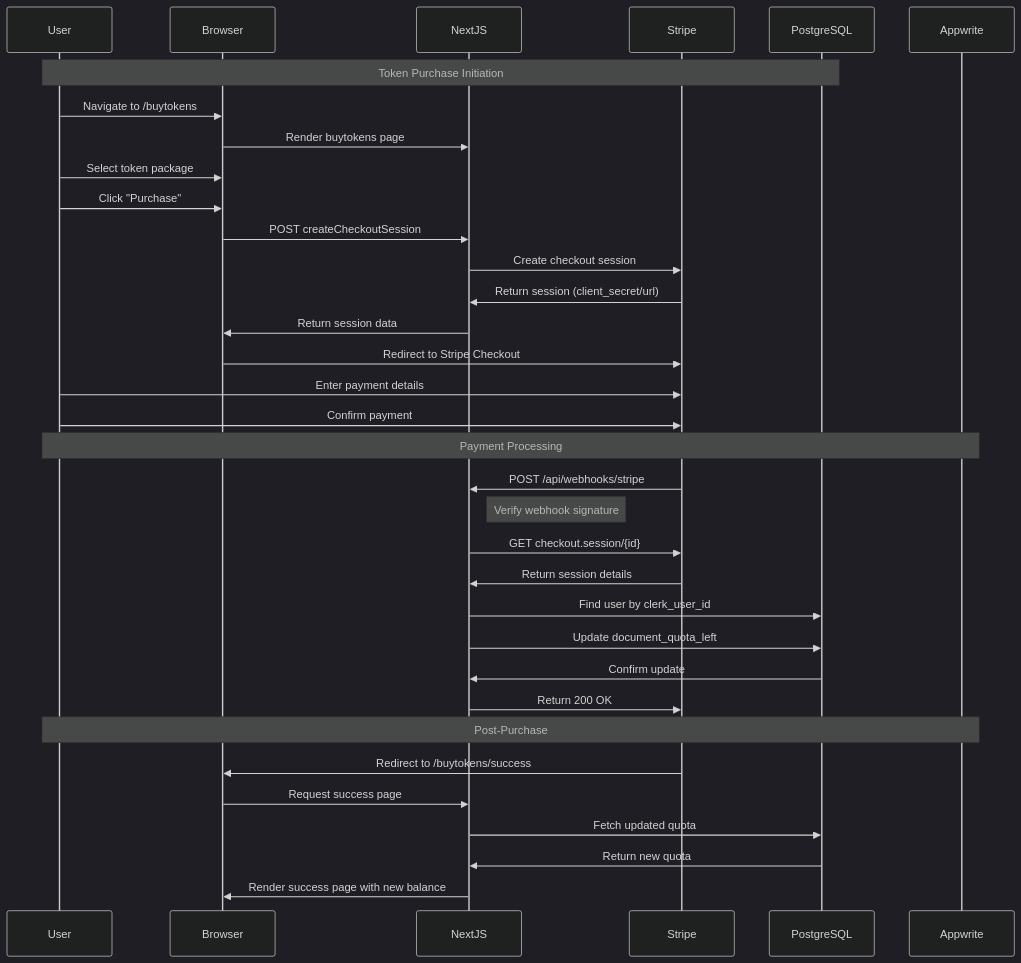
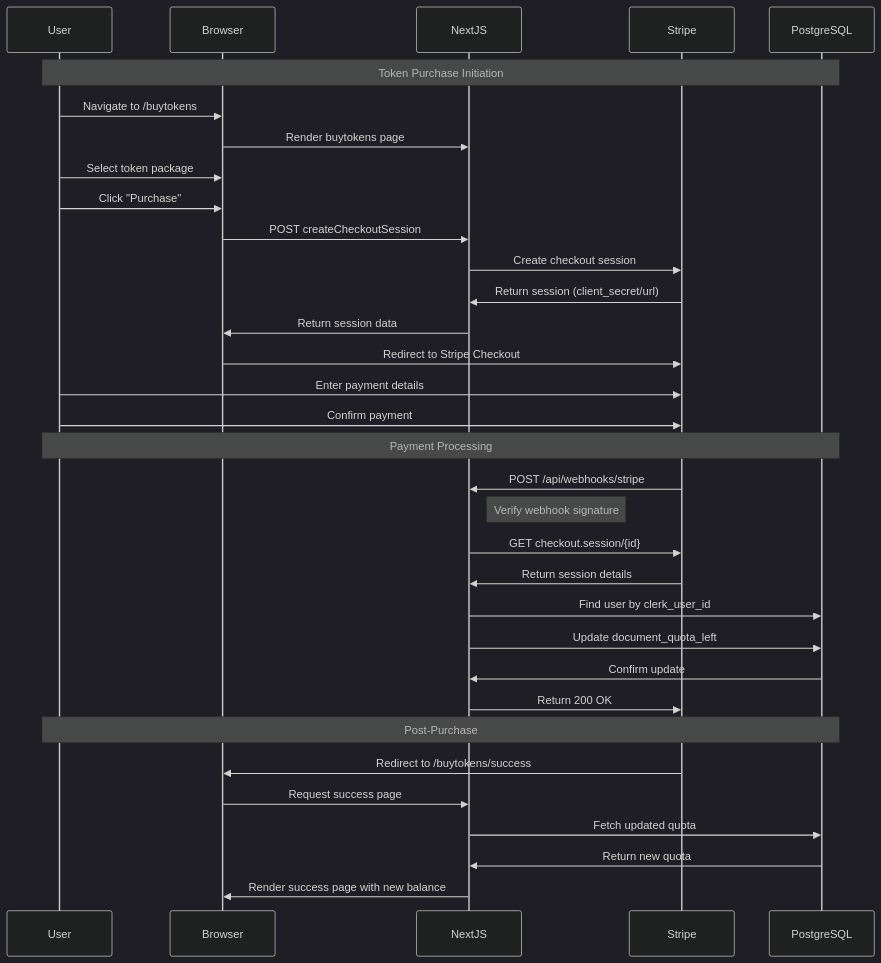
Before and after one commit to duzhongli-d/contractagent: the second of 4 diagrams in docs/architecture/DATA_FLOW.md, drawn with Mermaid (dark theme). The commit also changed 5 other files, not shown here.

````diff
--- a/docs/architecture/DATA_FLOW.md
+++ b/docs/architecture/DATA_FLOW.md
@@ -105,41 +105,41 @@
 ```mermaid
 sequenceDiagram
     participant User
     participant Browser
     participant NextJS
     participant Stripe
     participant PostgreSQL
 
     Note over User,PostgreSQL: Token Purchase Initiation
 
     User->>Browser: Navigate to /buytokens
     Browser->>NextJS: Render buytokens page
     User->>Browser: Select token package
     User->>Browser: Click "Purchase"
     Browser->>NextJS: POST createCheckoutSession
     NextJS->>Stripe: Create checkout session
     Stripe->>NextJS: Return session (client_secret/url)
     NextJS->>Browser: Return session data
     Browser->>Stripe: Redirect to Stripe Checkout
     User->>Stripe: Enter payment details
     User->>Stripe: Confirm payment
 
-    Note over User,Appwrite: Payment Processing
+    Note over User,PostgreSQL: Payment Processing
 
     Stripe->>NextJS: POST /api/webhooks/stripe
     Note right of NextJS: Verify webhook signature
     NextJS->>Stripe: GET checkout.session/{id}
     Stripe->>NextJS: Return session details
     NextJS->>PostgreSQL: Find user by clerk_user_id
     NextJS->>PostgreSQL: Update document_quota_left
     PostgreSQL->>NextJS: Confirm update
     NextJS->>Stripe: Return 200 OK
 
-    Note over User,Appwrite: Post-Purchase
+    Note over User,PostgreSQL: Post-Purchase
 
     Stripe->>Browser: Redirect to /buytokens/success
     Browser->>NextJS: Request success page
     NextJS->>PostgreSQL: Fetch updated quota
     PostgreSQL->>NextJS: Return new quota
     NextJS->>Browser: Render success page with new balance
 ```
````
